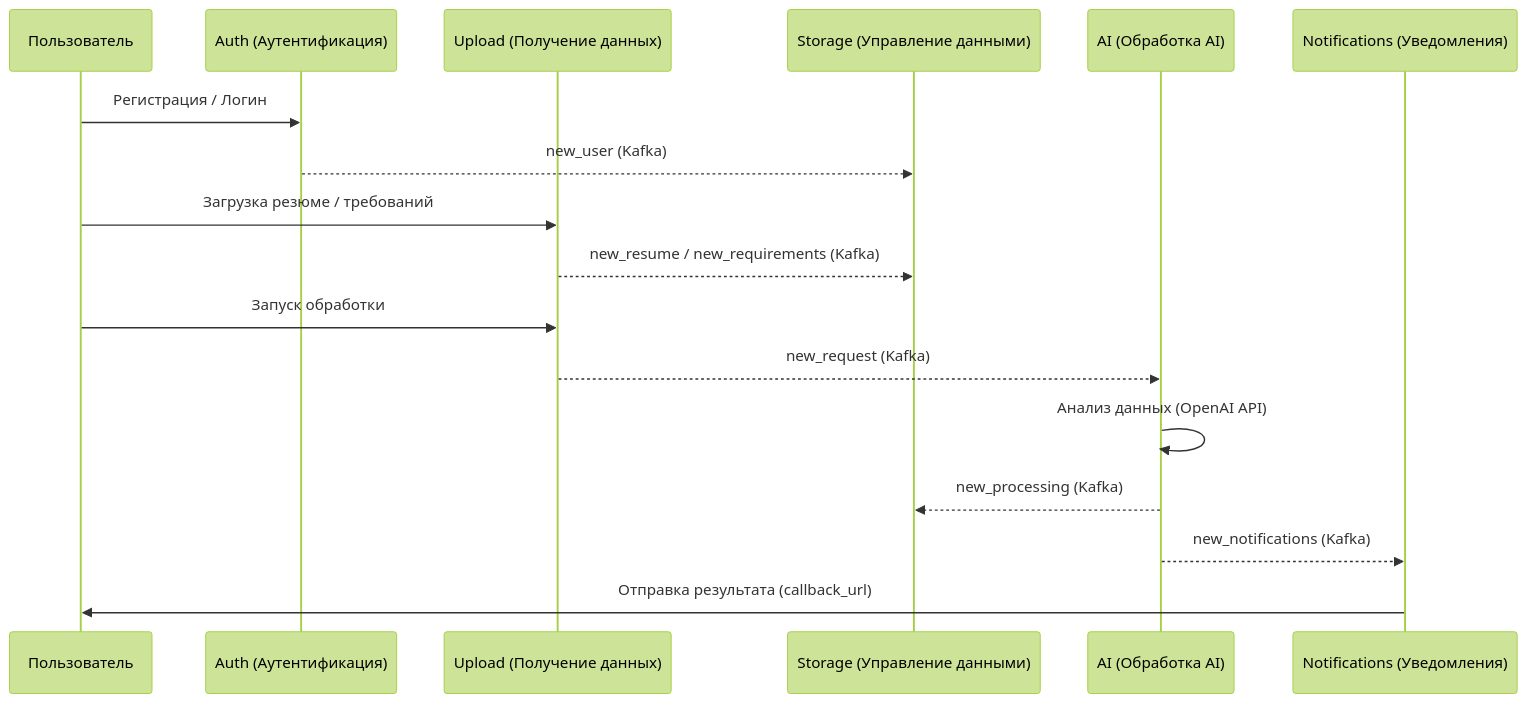
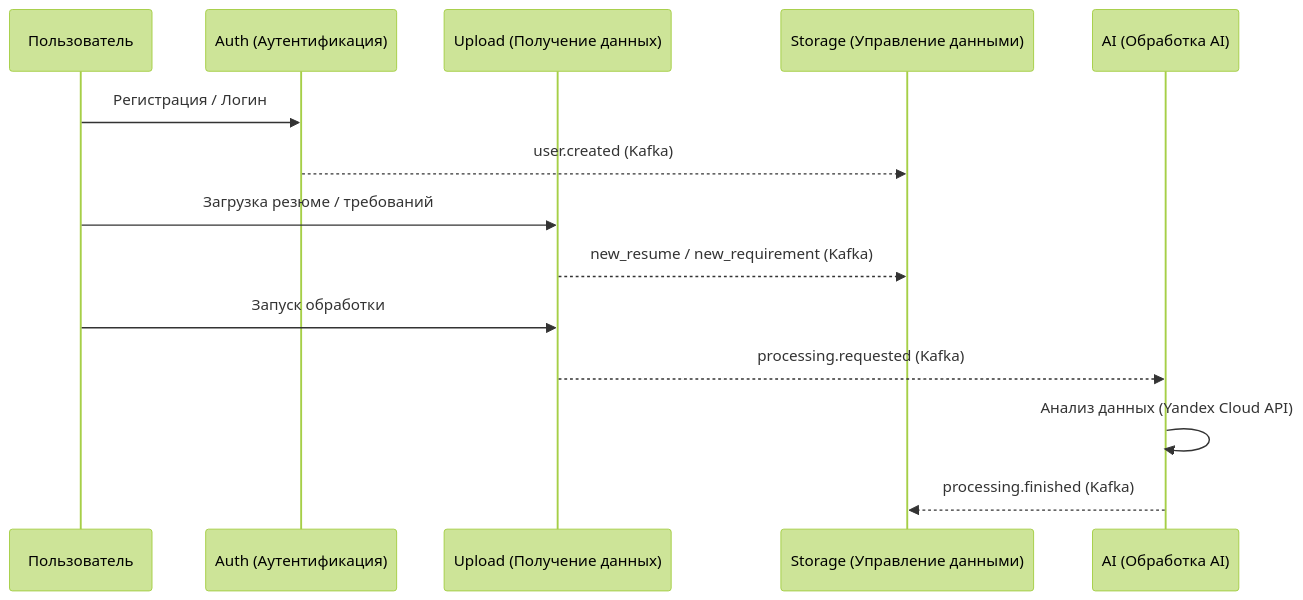
Before and after one commit to IvanShankin/API_handler_resume_system: the diagram in README.md, drawn with Mermaid (forest theme). The commit also changed other lines of this file and 4 other files, not shown here.

````diff
--- a/README.md
+++ b/README.md
@@ -107,24 +123,20 @@
 ```mermaid
 sequenceDiagram
 participant User as Пользователь
 participant Auth as Auth (Аутентификация)
 participant Upload as Upload (Получение данных)
 participant Storage as Storage (Управление данными)
 participant AI as AI (Обработка AI)
-participant Notify as Notifications (Уведомления)
 
 User ->> Auth: Регистрация / Логин
-Auth -->> Storage: new_user (Kafka)
+Auth -->> Storage: user.created (Kafka)
 
 User ->> Upload: Загрузка резюме / требований
-Upload -->> Storage: new_resume / new_requirements (Kafka)
+Upload -->> Storage: new_resume / new_requirement (Kafka)
 
 User ->> Upload: Запуск обработки
-Upload -->> AI: new_request (Kafka)
+Upload -->> AI: processing.requested (Kafka)
 
-AI ->> AI: Анализ данных (OpenAI API)
-AI -->> Storage: new_processing (Kafka)
-AI -->> Notify: new_notifications (Kafka)
-
-Notify ->> User: Отправка результата (callback_url)
+AI ->> AI: Анализ данных (Yandex Cloud API)
+AI -->> Storage: processing.finished (Kafka)
 ```
````
